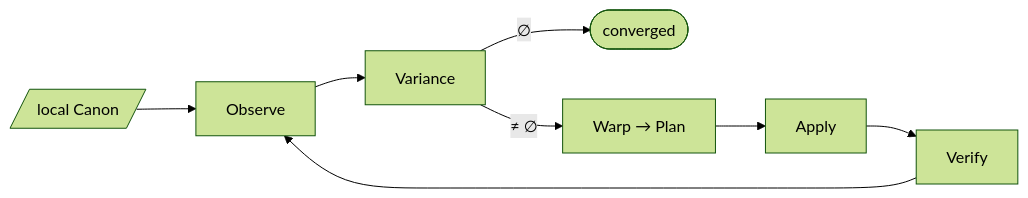
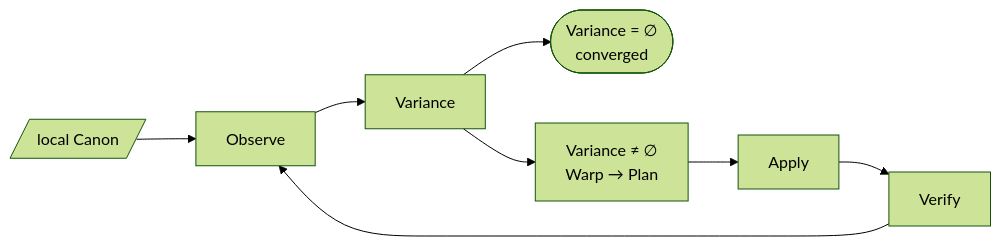
The third of 5 diagrams in docs/architecture/system.md (kmosoti/Nomos), drawn with Mermaid (forest theme) before and after one commit. The commit also changed other lines of this file and 7 other files, not shown here.

First line of the commit message:
Fix Mermaid diagrams that fail to render on GitHub

````diff
--- a/docs/architecture/system.md
+++ b/docs/architecture/system.md
@@ -50,6 +50,6 @@
 ```mermaid
 flowchart LR
     Canon[/"local Canon"/] --> Observe --> Diff["Variance"]
-    Diff -- "∅" --> Done(["converged"])
-    Diff -- "≠ ∅" --> Plan["Warp → Plan"] --> Apply --> Verify --> Observe
+    Diff --> Done(["Variance = ∅<br/>converged"])
+    Diff --> Plan["Variance ≠ ∅<br/>Warp → Plan"] --> Apply --> Verify --> Observe
 ```
````
